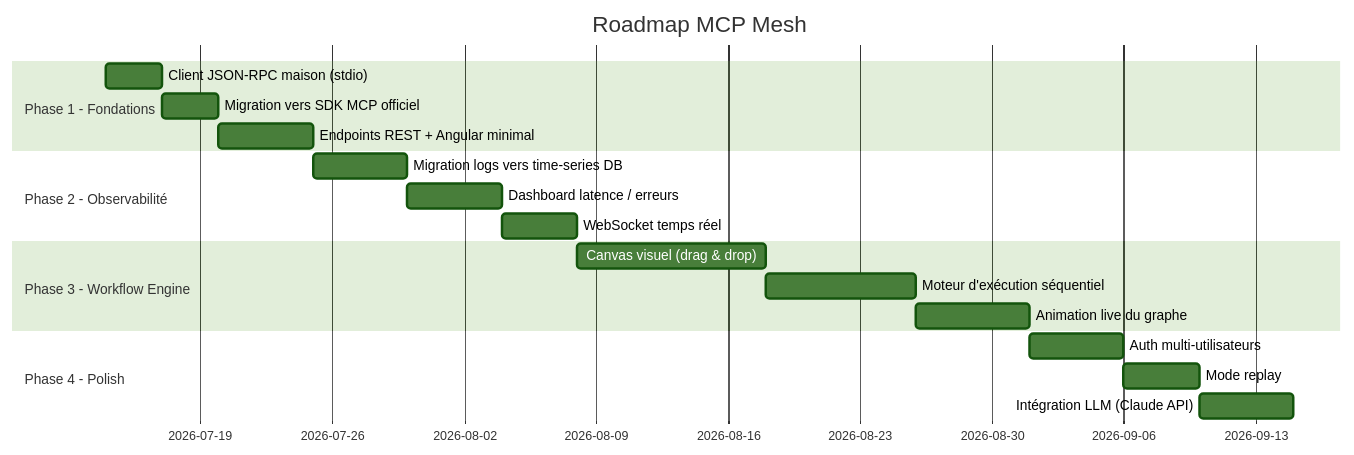
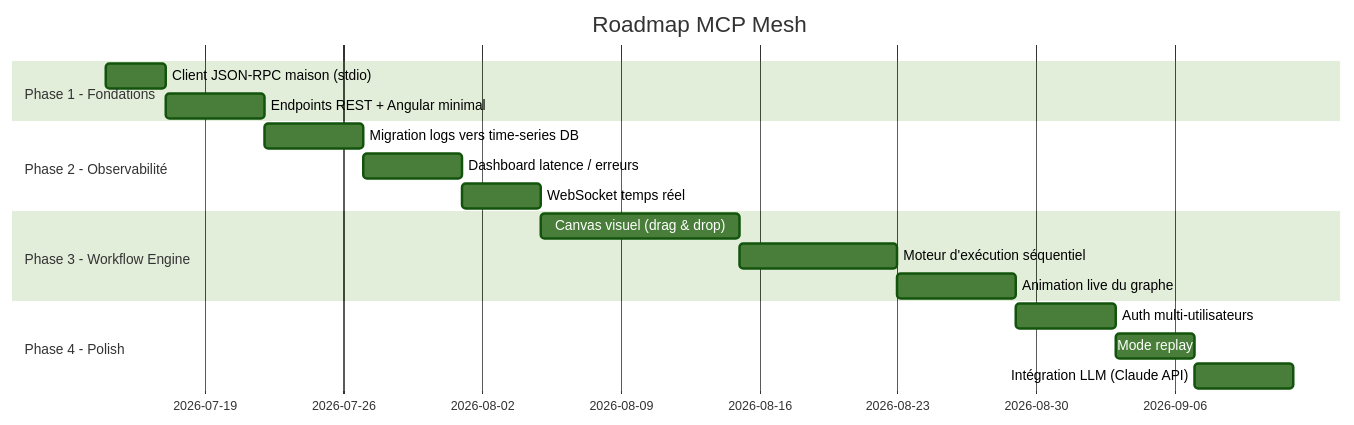
Before and after one commit to theoduluard/MCP-Mesh: the fourth of 4 diagrams in README.md, drawn with Mermaid (forest theme). The commit also changed 2 other files, not shown here.

Commit message:
enh: Update tests to include concurrency and close while processing tests

````diff
--- a/README.md
+++ b/README.md
@@ -124,21 +124,20 @@
 ```mermaid
 gantt
     dateFormat  YYYY-MM-DD
     title Roadmap MCP Mesh
     section Phase 1 - Fondations
     Client JSON-RPC maison (stdio)      :p1a, 2026-07-14, 3d
-    Migration vers SDK MCP officiel     :p1b, after p1a, 3d
-    Endpoints REST + Angular minimal    :p1c, after p1b, 5d
+    Endpoints REST + Angular minimal    :p1c, after p1a, 5d
     section Phase 2 - Observabilité
     Migration logs vers time-series DB  :p2a, after p1c, 5d
     Dashboard latence / erreurs         :p2b, after p2a, 5d
     WebSocket temps réel                :p2c, after p2b, 4d
     section Phase 3 - Workflow Engine
     Canvas visuel (drag & drop)         :p3a, after p2c, 10d
     Moteur d'exécution séquentiel       :p3b, after p3a, 8d
     Animation live du graphe            :p3c, after p3b, 6d
     section Phase 4 - Polish
     Auth multi-utilisateurs             :p4a, after p3c, 5d
     Mode replay                         :p4b, after p4a, 4d
     Intégration LLM (Claude API)        :p4c, after p4b, 5d
 ```
````
